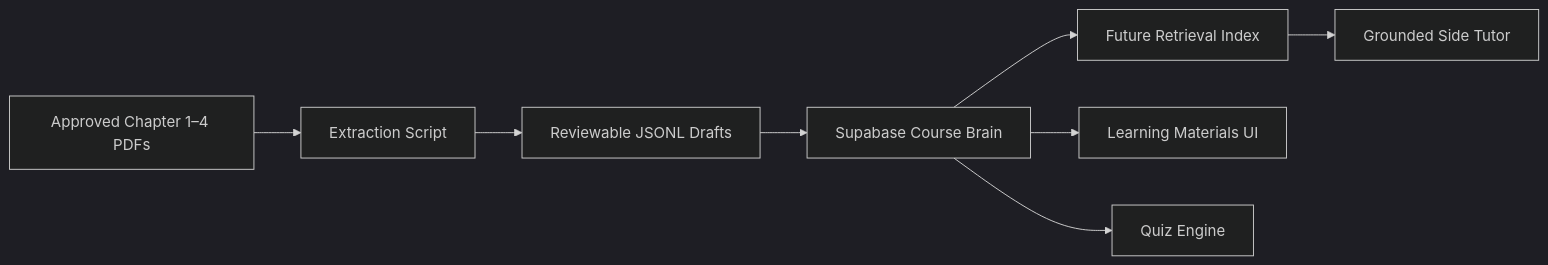
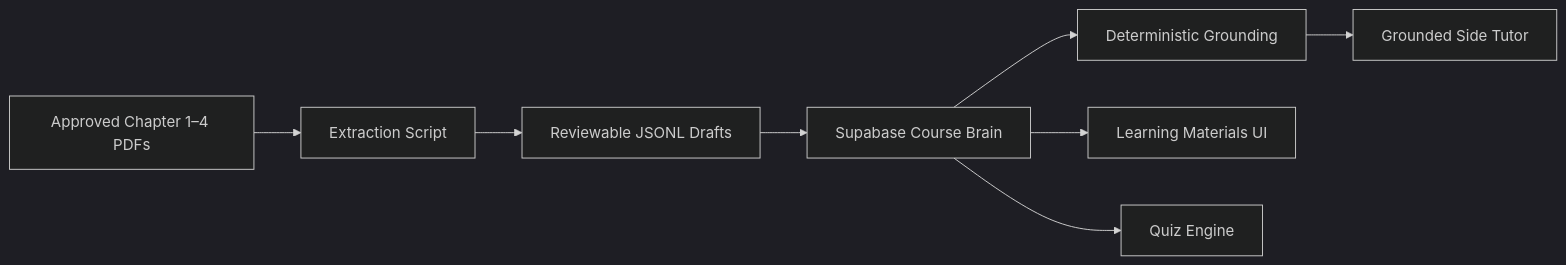
Before and after one commit to hariz2001-del/tourism-geography-tutor: the diagram in docs/architecture.md, drawn with Mermaid (dark theme). The commit also changed 63 other files, not shown here.

````diff
--- a/docs/architecture.md
+++ b/docs/architecture.md
@@ -3,10 +3,10 @@
 ```mermaid
 flowchart LR
   A[Approved Chapter 1–4 PDFs] --> B[Extraction Script]
   B --> C[Reviewable JSONL Drafts]
   C --> D[Supabase Course Brain]
-  D --> E[Future Retrieval Index]
+  D --> E[Deterministic Grounding]
   D --> F[Learning Materials UI]
   E --> G[Grounded Side Tutor]
   D --> H[Quiz Engine]
 ```
````
